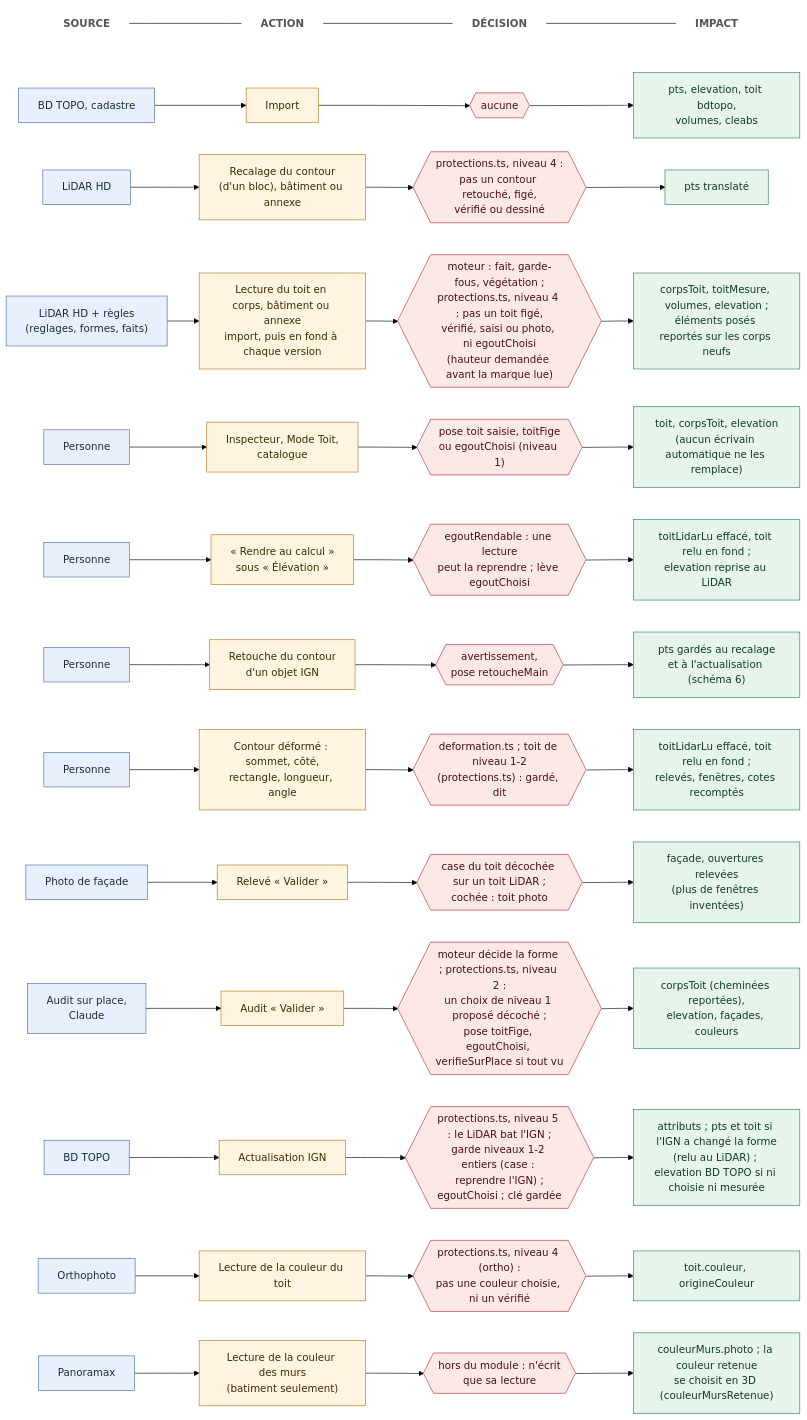
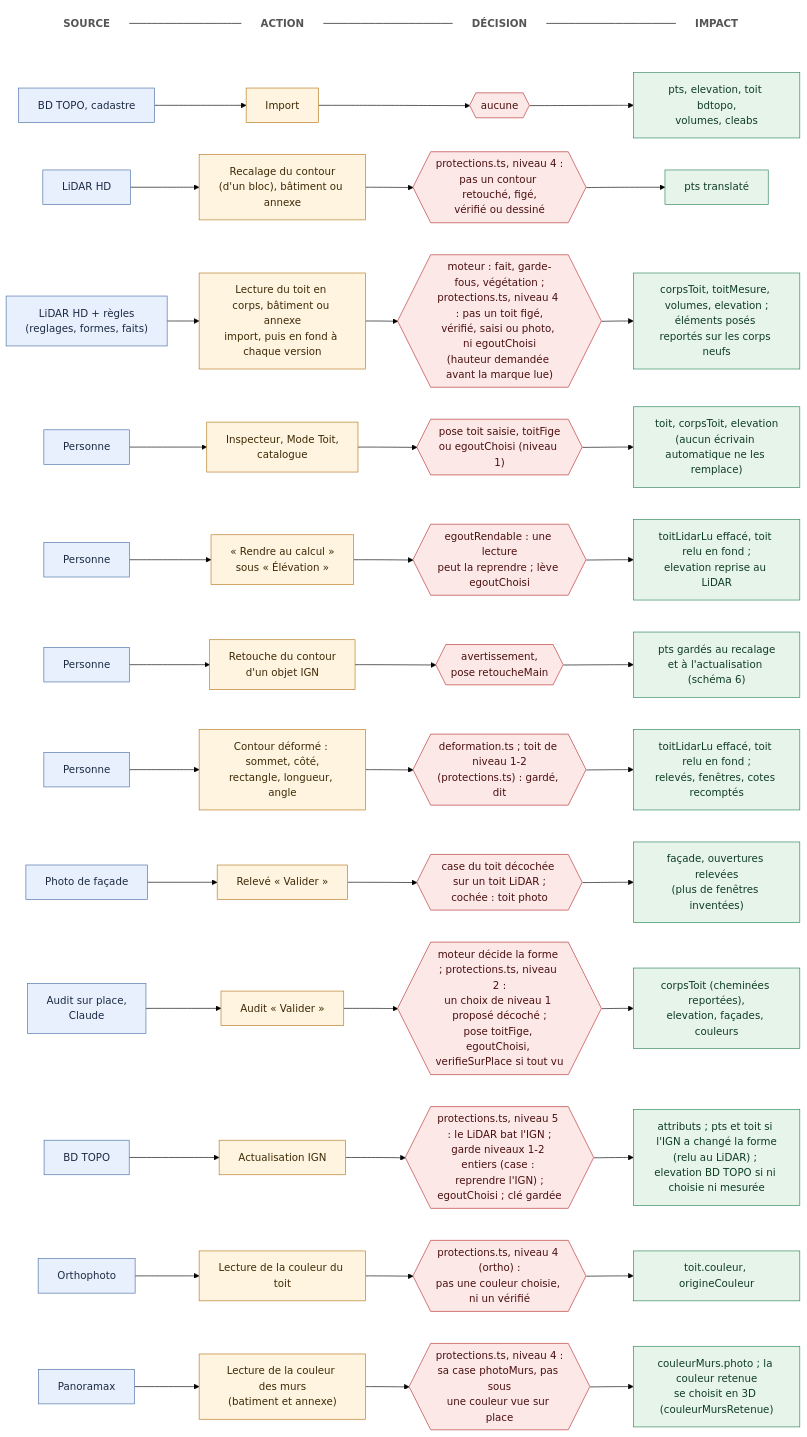
One commit to bertrandra/plan changed the second of 4 diagrams in MD/spec-flux-batiment.md. Above: the diagram before and after it, drawn with Mermaid (forest theme). The commit also changed other lines of this file and 7 other files, not shown here.

First line of the commit message:
Couleur des murs (Panoramax) sous model/protections.ts, annexes lues

````diff
--- a/MD/spec-flux-batiment.md
+++ b/MD/spec-flux-batiment.md
@@ -423,23 +424,23 @@
 ```mermaid
 flowchart LR
   classDef src fill:#e8f0fe,stroke:#4a6fa5,color:#1b2a41
   classDef act fill:#fff4e0,stroke:#b7791f,color:#3d2a06
   classDef dec fill:#fde8e8,stroke:#b83232,color:#4a0f0f
   classDef imp fill:#e6f4ea,stroke:#2f855a,color:#0f3d22
   classDef col fill:none,stroke:none,color:#555,font-weight:bold
 
   H1["SOURCE"]:::col --- H2["ACTION"]:::col --- H3["DÉCISION"]:::col --- H4["IMPACT"]:::col
 
   s1["BD TOPO, cadastre"]:::src --> a1["Import"]:::act --> d1{{"aucune"}}:::dec --> i1["pts, elevation, toit bdtopo,<br/>volumes, cleabs"]:::imp
   s2["LiDAR HD"]:::src --> a2["Recalage du contour<br/>(d'un bloc), bâtiment ou annexe"]:::act --> d2{{"protections.ts, niveau 4 :<br/>pas un contour retouché, figé,<br/>vérifié ou dessiné"}}:::dec --> i2["pts translaté"]:::imp
   s3["LiDAR HD + règles<br/>(reglages, formes, faits)"]:::src --> a3["Lecture du toit en corps, bâtiment ou annexe<br/>import, puis en fond à chaque version"]:::act --> d3{{"moteur : fait, garde-fous, végétation ;<br/>protections.ts, niveau 4 : pas un toit figé,<br/>vérifié, saisi ou photo, ni egoutChoisi<br/>(hauteur demandée avant la marque lue)"}}:::dec --> i3["corpsToit, toitMesure, volumes, elevation ;<br/>éléments posés reportés sur les corps neufs"]:::imp
   s4["Personne"]:::src --> a4["Inspecteur, Mode Toit,<br/>catalogue"]:::act --> d4{{"pose toit saisie, toitFige<br/>ou egoutChoisi (niveau 1)"}}:::dec --> i4["toit, corpsToit, elevation<br/>(aucun écrivain automatique ne les remplace)"]:::imp
   s11["Personne"]:::src --> a11["« Rendre au calcul »<br/>sous « Élévation »"]:::act --> d11{{"egoutRendable : une lecture<br/>peut la reprendre ; lève egoutChoisi"}}:::dec --> i11["toitLidarLu effacé, toit relu en fond ;<br/>elevation reprise au LiDAR"]:::imp
   s5["Personne"]:::src --> a5["Retouche du contour<br/>d'un objet IGN"]:::act --> d5{{"avertissement,<br/>pose retoucheMain"}}:::dec --> i5["pts gardés au recalage<br/>et à l'actualisation (schéma 6)"]:::imp
   s10["Personne"]:::src --> a10["Contour déformé : sommet, côté,<br/>rectangle, longueur, angle"]:::act --> d10{{"deformation.ts ; toit de niveau 1-2<br/>(protections.ts) : gardé, dit"}}:::dec --> i10["toitLidarLu effacé, toit relu en fond ;<br/>relevés, fenêtres, cotes recomptés"]:::imp
   s6["Photo de façade"]:::src --> a6["Relevé « Valider »"]:::act --> d6{{"case du toit décochée sur un toit LiDAR ;<br/>cochée : toit photo"}}:::dec --> i6["façade, ouvertures relevées<br/>(plus de fenêtres inventées)"]:::imp
   s7["Audit sur place,<br/>Claude"]:::src --> a7["Audit « Valider »"]:::act --> d7{{"moteur décide la forme ; protections.ts, niveau 2 :<br/>un choix de niveau 1 proposé décoché ;<br/>pose toitFige, egoutChoisi, verifieSurPlace si tout vu"}}:::dec --> i7["corpsToit (cheminées reportées),<br/>elevation, façades, couleurs"]:::imp
   s8["BD TOPO"]:::src --> a8["Actualisation IGN"]:::act --> d8{{"protections.ts, niveau 5 : le LiDAR bat l'IGN ;<br/>garde niveaux 1-2 entiers (case : reprendre l'IGN) ;<br/>egoutChoisi ; clé gardée"}}:::dec --> i8["attributs ; pts et toit si l'IGN a changé la forme<br/>(relu au LiDAR) ; elevation BD TOPO si ni choisie ni mesurée"]:::imp
   s9["Orthophoto"]:::src --> a9["Lecture de la couleur du toit"]:::act --> d9{{"protections.ts, niveau 4 (ortho) :<br/>pas une couleur choisie, ni un vérifié"}}:::dec --> i9["toit.couleur, origineCouleur"]:::imp
-  s12["Panoramax"]:::src --> a12["Lecture de la couleur des murs<br/>(batiment seulement)"]:::act --> d12{{"hors du module : n'écrit<br/>que sa lecture"}}:::dec --> i12["couleurMurs.photo ; la couleur retenue<br/>se choisit en 3D (couleurMursRetenue)"]:::imp
+  s12["Panoramax"]:::src --> a12["Lecture de la couleur des murs<br/>(batiment et annexe)"]:::act --> d12{{"protections.ts, niveau 4 :<br/>sa case photoMurs, pas sous<br/>une couleur vue sur place"}}:::dec --> i12["couleurMurs.photo ; la couleur retenue<br/>se choisit en 3D (couleurMursRetenue)"]:::imp
 ```
````
